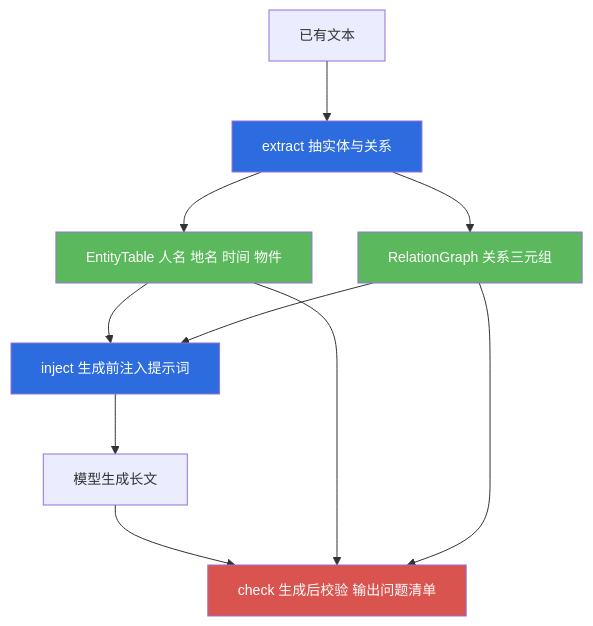
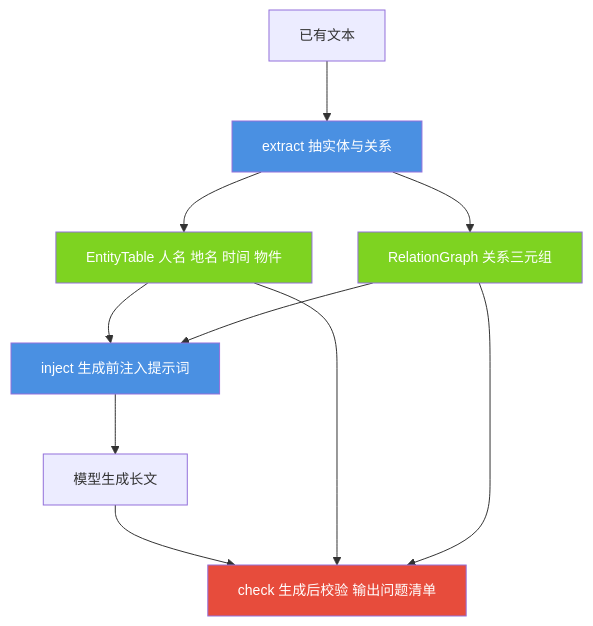
One commit to jiangchuangege/xiaojiao-harnees changed the third of 3 diagrams in docs/modules/10-boost.md. Above: the diagram before and after it, drawn with Mermaid. The commit also changed other lines of this file and 32 other files, not shown here.

Commit message:
统一：全仓原理图配色到一套调色板 + 给 12 张灰图补色 + 修正自己会睡那张过期图

````diff
--- a/docs/modules/10-boost.md
+++ b/docs/modules/10-boost.md
@@ -122,19 +122,19 @@
 ```mermaid
 %%{init: {"themeVariables": {"fontSize": "14px"}, "flowchart": {"htmlLabels": true, "wrappingWidth": 340, "nodeSpacing": 46, "rankSpacing": 60, "useMaxWidth": true}}}%%
 flowchart TB
     T["已有文本"] --> EX["extract 抽实体与关系"]
     EX --> TB["EntityTable 人名 地名 时间 物件"]
     EX --> RG["RelationGraph 关系三元组"]
     TB --> IN["inject 生成前注入提示词"]
     RG --> IN
     IN --> GEN["模型生成长文"]
     GEN --> CK["check 生成后校验 输出问题清单"]
     TB --> CK
     RG --> CK
 
-    style EX fill:#2d6cdf,color:#fff
-    style IN fill:#2d6cdf,color:#fff
-    style TB fill:#5cb85c,color:#fff
-    style RG fill:#5cb85c,color:#fff
-    style CK fill:#d9534f,color:#fff
+    style EX fill:#4A90E2,color:#fff
+    style IN fill:#4A90E2,color:#fff
+    style TB fill:#7ED321,color:#fff
+    style RG fill:#7ED321,color:#fff
+    style CK fill:#E74C3C,color:#fff
 ```
````
